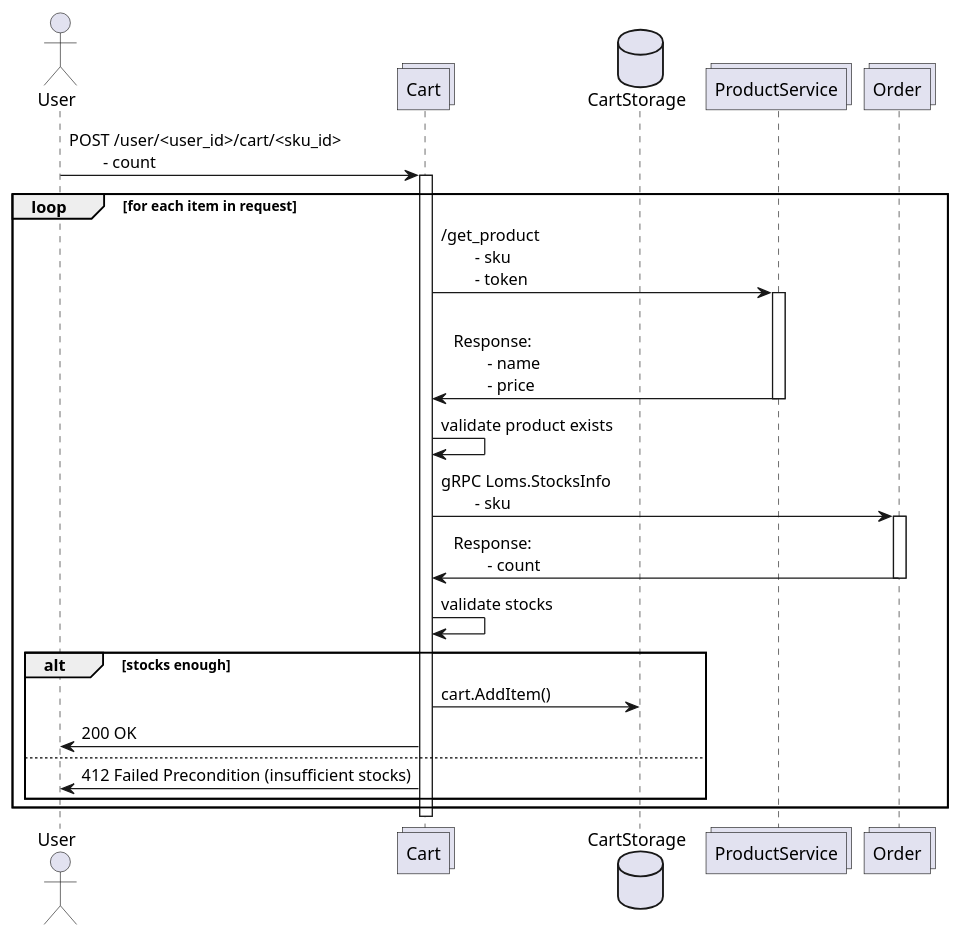
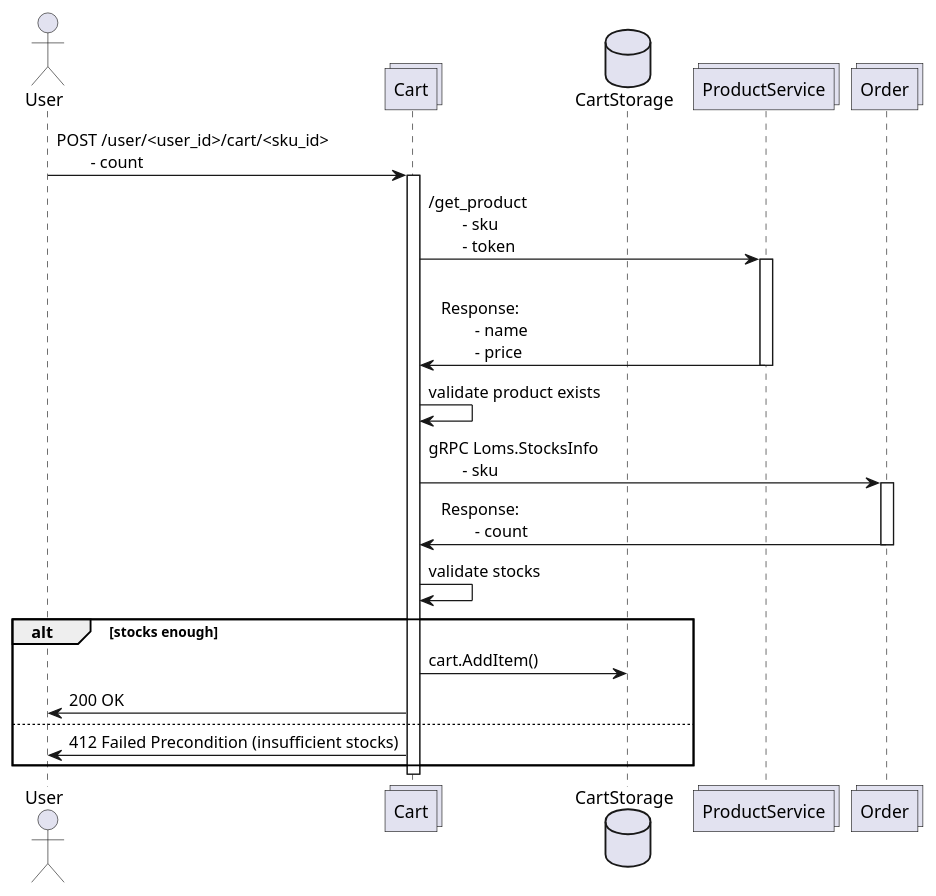
One commit to DmitryOrNotDmitry/mini-marketplace changed the diagram in docs/homework-3/img/cart-cart-item-add.plantuml. Above: the diagram before and after it, drawn with PlantUML. The commit also changed 2 other files, not shown here.

Commit message:
поправил схему добавления в корзину

```diff
--- a/docs/homework-3/img/cart-cart-item-add.plantuml
+++ b/docs/homework-3/img/cart-cart-item-add.plantuml
@@ -1,32 +1,30 @@
 @startuml
 
 actor User as u
 collections Cart as c
 database CartStorage as cs
 collections ProductService as p
 collections Order as o
 
 u -> c : POST /user/<user_id>/cart/<sku_id>\n\t- count
 activate c
-loop for each item in request
-  c -> p : /get_product\n\t- sku\n\t- token
-  activate p
-    p -> c : \nResponse:\n\t- name\n\t- price
-  deactivate p
-  c -> c : validate product exists
+c -> p : /get_product\n\t- sku\n\t- token
+activate p
+p -> c : \nResponse:\n\t- name\n\t- price
+deactivate p
+c -> c : validate product exists
 
-  c -> o : gRPC Loms.StocksInfo\n\t- sku
-  activate o
-    o -> c : Response:\n\t- count
-  deactivate o
-  c -> c : validate stocks
-  alt stocks enough
-    c -> cs : cart.AddItem()
-    c -> u : 200 OK
-  else
-    c -> u : 412 Failed Precondition (insufficient stocks)
-  end
+c -> o : gRPC Loms.StocksInfo\n\t- sku
+activate o
+o -> c : Response:\n\t- count
+deactivate o
+c -> c : validate stocks
+alt stocks enough
+  c -> cs : cart.AddItem()
+  c -> u : 200 OK
+else
+  c -> u : 412 Failed Precondition (insufficient stocks)
 end
 deactivate c
 
 @enduml
```
